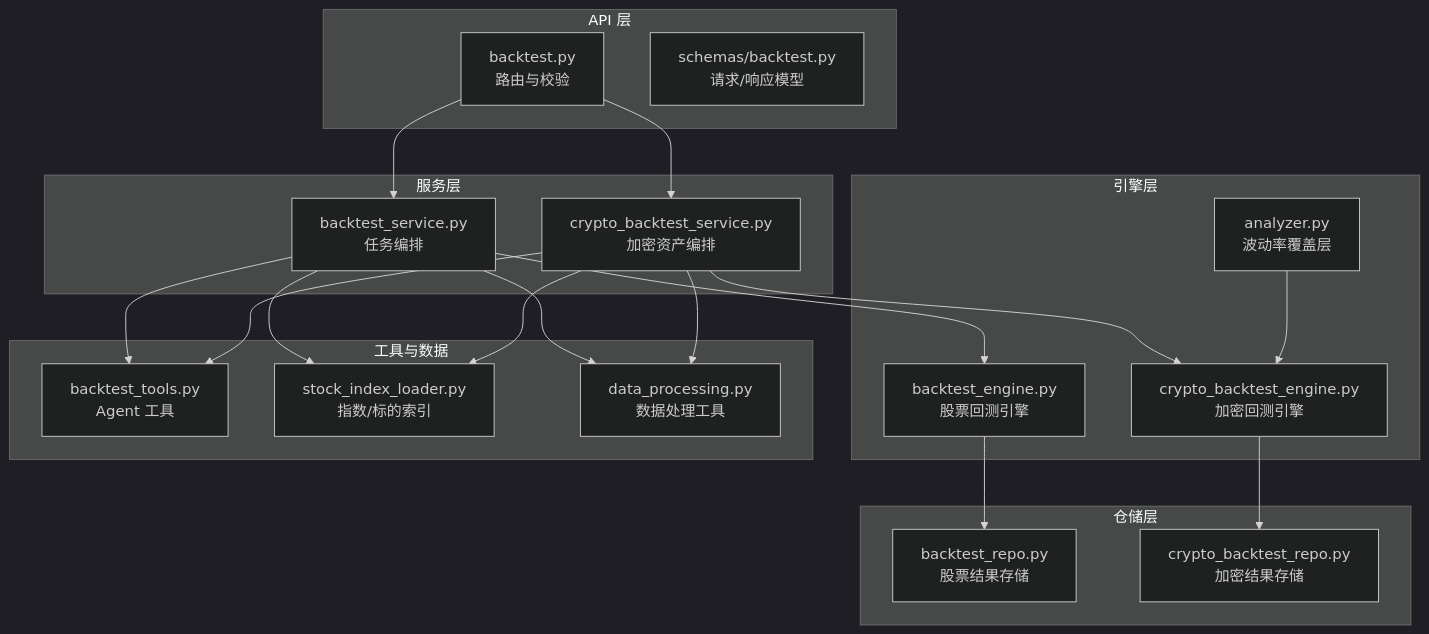
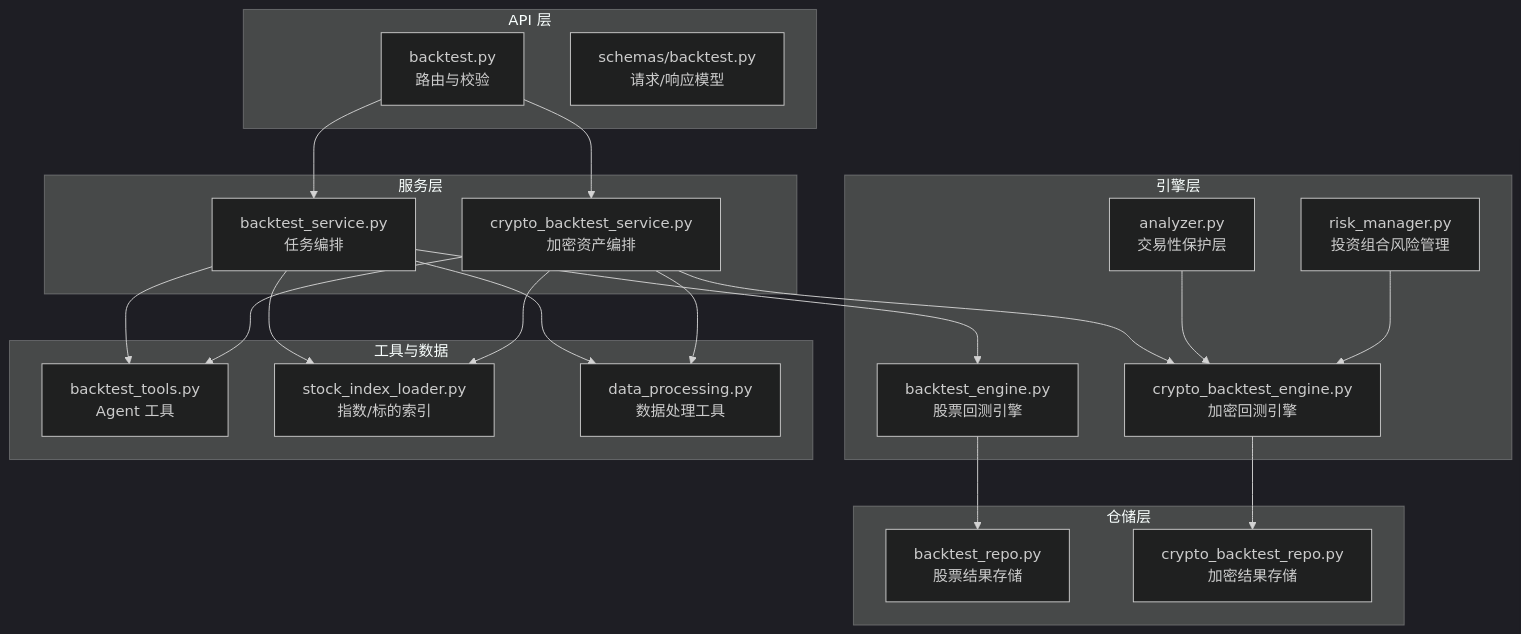
Before and after one commit to anYaoooo/daily_stock_analysis: the first of 10 diagrams in .qoder/repowiki/zh/content/交易策略系统/回测引擎/回测引擎.md, drawn with Mermaid (dark theme). The commit also changed other lines of this file and 140 other files, not shown here.

````diff
--- a/.qoder/repowiki/zh/content/交易策略系统/回测引擎/回测引擎.md
+++ b/.qoder/repowiki/zh/content/交易策略系统/回测引擎/回测引擎.md
@@ -61,38 +65,40 @@
 ```mermaid
 graph TB
 subgraph "API 层"
 A["backtest.py<br/>路由与校验"]
 B["schemas/backtest.py<br/>请求/响应模型"]
 end
 subgraph "服务层"
 C["backtest_service.py<br/>任务编排"]
 D["crypto_backtest_service.py<br/>加密资产编排"]
 end
 subgraph "引擎层"
 E["backtest_engine.py<br/>股票回测引擎"]
 F["crypto_backtest_engine.py<br/>加密回测引擎"]
-G["analyzer.py<br/>波动率覆盖层"]
+G["analyzer.py<br/>交易性保护层"]
+H["risk_manager.py<br/>投资组合风险管理"]
 end
 subgraph "仓储层"
-H["backtest_repo.py<br/>股票结果存储"]
-I["crypto_backtest_repo.py<br/>加密结果存储"]
+I["backtest_repo.py<br/>股票结果存储"]
+J["crypto_backtest_repo.py<br/>加密结果存储"]
 end
 subgraph "工具与数据"
-J["backtest_tools.py<br/>Agent 工具"]
-K["stock_index_loader.py<br/>指数/标的索引"]
-L["data_processing.py<br/>数据处理工具"]
+K["backtest_tools.py<br/>Agent 工具"]
+L["stock_index_loader.py<br/>指数/标的索引"]
+M["data_processing.py<br/>数据处理工具"]
 end
 A --> C
 A --> D
 C --> E
 D --> F
-E --> H
-F --> I
-C --> J
-D --> J
+E --> I
+F --> J
 C --> K
 D --> K
 C --> L
 D --> L
+C --> M
+D --> M
 G --> F
+H --> F
 ```
````
